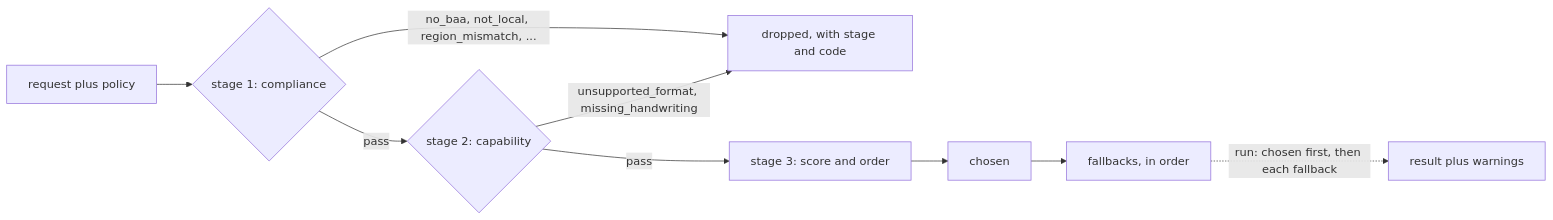
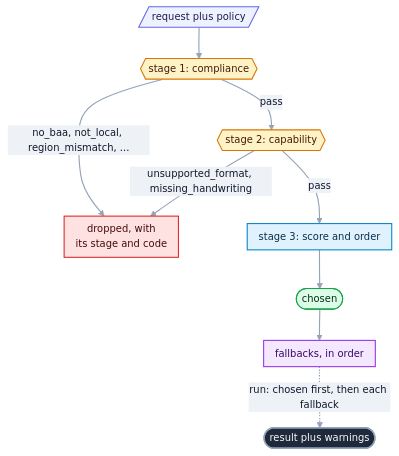
The diagram in src/openreading/router/README.md (openreading-ai/openreading-core), drawn with Mermaid before and after one commit. The commit also changed 8 other files, not shown here.

````diff
--- a/src/openreading/router/README.md
+++ b/src/openreading/router/README.md
@@ -30,10 +30,21 @@
 ```mermaid
-flowchart LR
-  R["request plus policy"] --> S1{"stage 1: compliance"}
-  S1 -- "no_baa, not_local, region_mismatch, ..." --> D["dropped, with stage and code"]
-  S1 -- pass --> S2{"stage 2: capability"}
+%%{init: {"theme":"base","themeVariables":{"fontFamily":"ui-sans-serif, system-ui, -apple-system, Segoe UI, Roboto, sans-serif","fontSize":"14px","lineColor":"#94a3b8","textColor":"#334155","primaryTextColor":"#0f172a","edgeLabelBackground":"#eef2f7","clusterBkg":"#f8fafc","clusterBorder":"#cbd5e1","titleColor":"#334155"},"flowchart":{"curve":"basis","nodeSpacing":36,"rankSpacing":44,"padding":8,"useMaxWidth":true}}}%%
+flowchart TD
+  R[/"request plus policy"/]:::src --> S1{{"stage 1: compliance"}}:::gate
+  S1 -- "no_baa, not_local, region_mismatch, ..." --> D["dropped, with<br>its stage and code"]:::bad
+  S1 -- "pass" --> S2{{"stage 2: capability"}}:::gate
   S2 -- "unsupported_format, missing_handwriting" --> D
-  S2 -- pass --> S3["stage 3: score and order"]
-  S3 --> C["chosen"] --> F["fallbacks, in order"]
-  F -. "run: chosen first, then each fallback" .-> X["result plus warnings"]
+  S2 -- "pass" --> S3["stage 3: score and order"]:::work
+  S3 --> C(["chosen"]):::good
+  C --> F["fallbacks, in order"]:::out
+  F -. "run: chosen first, then each fallback" .-> X(["result plus warnings"]):::hero
+  classDef src fill:#eef2ff,stroke:#6366f1,stroke-width:1.5px,color:#1e1b4b;
+  classDef work fill:#e0f2fe,stroke:#0284c7,stroke-width:1.5px,color:#082f49;
+  classDef gate fill:#fef3c7,stroke:#d97706,stroke-width:1.5px,color:#451a03;
+  classDef good fill:#dcfce7,stroke:#16a34a,stroke-width:1.5px,color:#052e16;
+  classDef bad fill:#fee2e2,stroke:#dc2626,stroke-width:1.5px,color:#450a0a;
+  classDef store fill:#ccfbf1,stroke:#0d9488,stroke-width:1.5px,color:#042f2e;
+  classDef out fill:#f3e8ff,stroke:#9333ea,stroke-width:1.5px,color:#3b0764;
+  classDef hero fill:#1e293b,stroke:#94a3b8,stroke-width:2px,color:#f8fafc;
+  linkStyle default stroke-width:1.6px;
 ```
````
